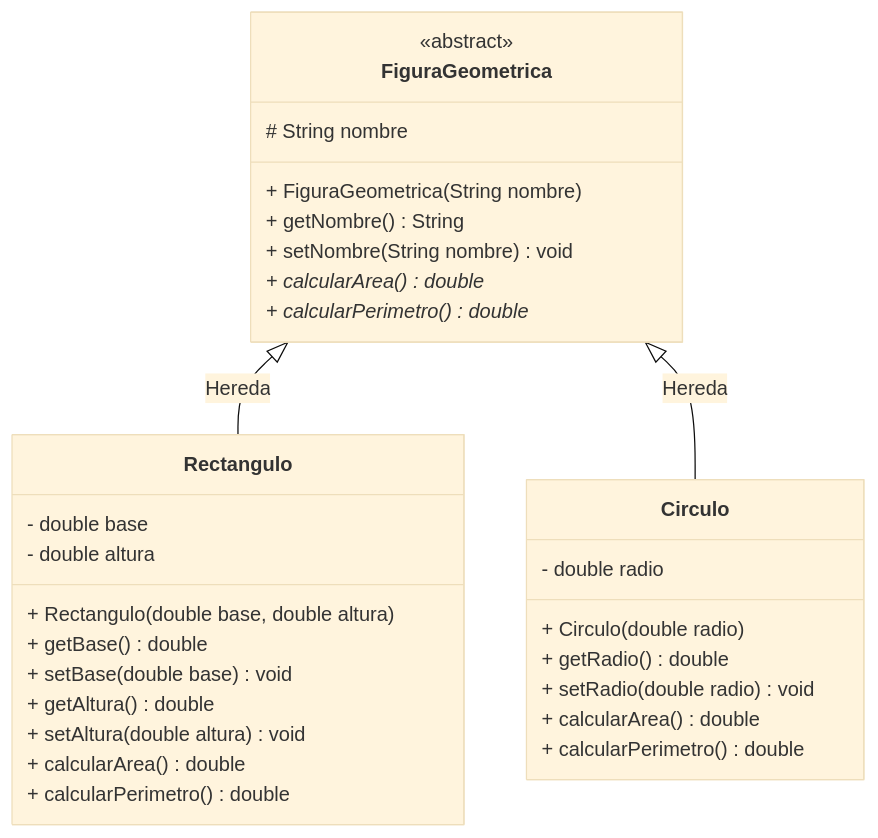
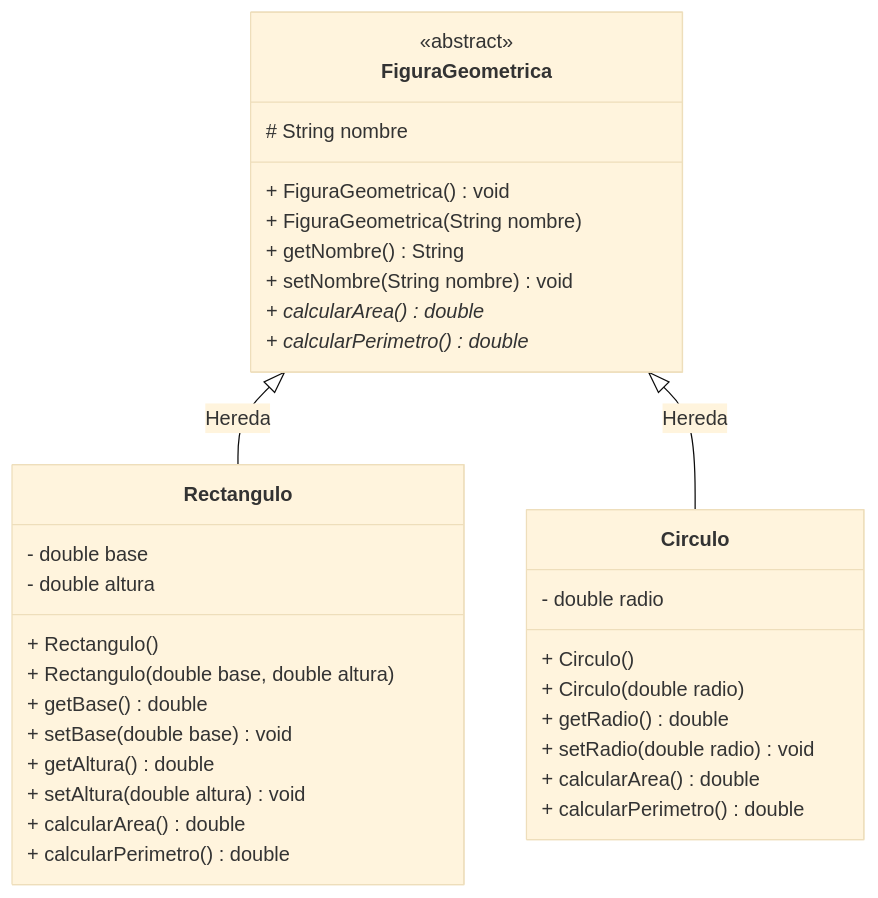
Before and after one commit to QuelaliUcatec/programacion-avanzada: the diagram in ejemplos/ejemplo-geometria/README.md, drawn with Mermaid (base theme). The commit also changed other lines of this file, not shown here.

Commit message:
Actualizando diagrama de clases del ejemplo de geometria

````diff
--- a/ejemplos/ejemplo-geometria/README.md
+++ b/ejemplos/ejemplo-geometria/README.md
@@ -32,36 +32,39 @@
 ```mermaid
 classDiagram
     class FiguraGeometrica {
         <<abstract>>
         # String nombre
+        + FiguraGeometrica() void
         + FiguraGeometrica(String nombre)
         + getNombre() String
         + setNombre(String nombre) void
         + calcularArea()* double
         + calcularPerimetro()* double
     }
 
     class Rectangulo {
         - double base
         - double altura
+        + Rectangulo()
         + Rectangulo(double base, double altura)
         + getBase() double
         + setBase(double base) void
         + getAltura() double
         + setAltura(double altura) void
         + calcularArea() double
         + calcularPerimetro() double
     }
 
     class Circulo {
         - double radio
+        + Circulo()
         + Circulo(double radio)
         + getRadio() double
         + setRadio(double radio) void
         + calcularArea() double
         + calcularPerimetro() double
     }
 
     FiguraGeometrica <|-- Rectangulo : Hereda
     FiguraGeometrica <|-- Circulo : Hereda
 ```
````
